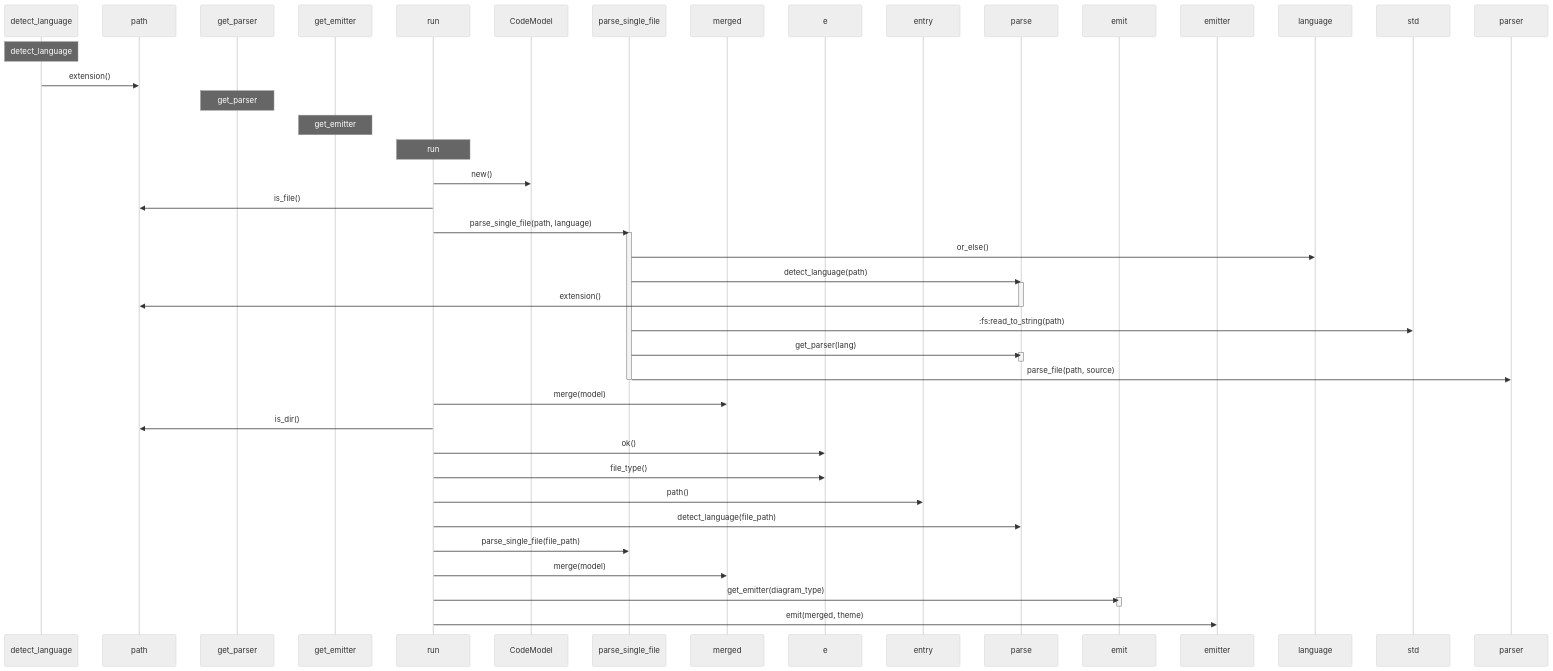
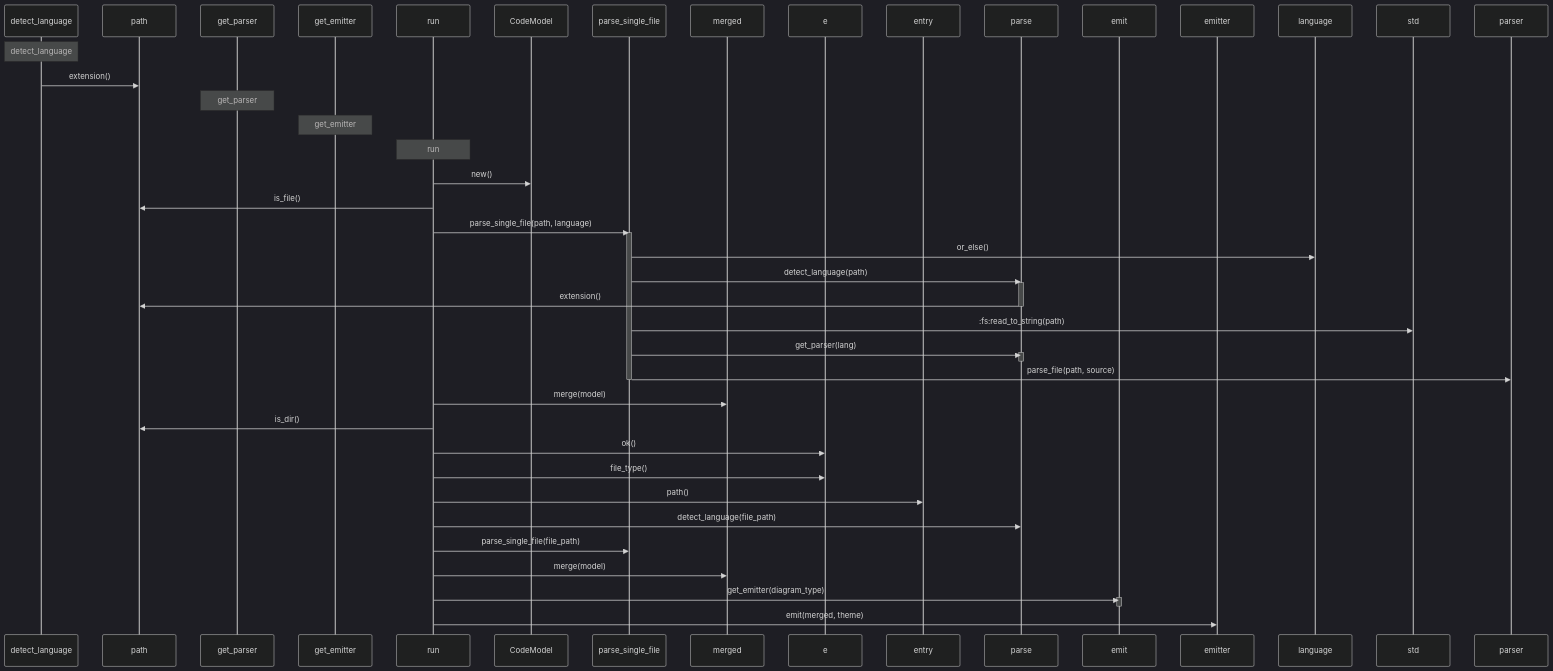
Before and after one commit to goraxe/code-documenter: the diagram in docs/examples/sequence-diagram.mmd, drawn with Mermaid.

Commit message:
Change sequence diagram theme from neutral to dark

```diff
--- a/docs/examples/sequence-diagram.mmd
+++ b/docs/examples/sequence-diagram.mmd
@@ -1,47 +1,47 @@
-%%{init: {'theme':'neutral'}}%%
+%%{init: {'theme':'dark'}}%%
 sequenceDiagram
     participant detect_language
     participant path
     participant get_parser
     participant get_emitter
     participant run
     participant CodeModel
     participant parse_single_file
     participant merged
     participant e
     participant entry
     participant parse
     participant emit
     participant emitter
     Note over detect_language: detect_language
     detect_language->>path:extension()
     Note over get_parser: get_parser
     Note over get_emitter: get_emitter
     Note over run: run
     run->>CodeModel:new()
     run->>path:is_file()
     run->>parse_single_file:parse_single_file(path, language)
     activate parse_single_file
     parse_single_file->>language:or_else()
     parse_single_file->>parse:detect_language(path)
     activate parse
     parse->>path:extension()
     deactivate parse
     parse_single_file->>std::fs:read_to_string(path)
     parse_single_file->>parse:get_parser(lang)
     activate parse
     deactivate parse
     parse_single_file->>parser:parse_file(path, source)
     deactivate parse_single_file
     run->>merged:merge(model)
     run->>path:is_dir()
     run->>e:ok()
     run->>e:file_type()
     run->>entry:path()
     run->>parse:detect_language(file_path)
     run->>parse_single_file:parse_single_file(file_path)
     run->>merged:merge(model)
     run->>emit:get_emitter(diagram_type)
     activate emit
     deactivate emit
     run->>emitter:emit(merged, theme)
```
